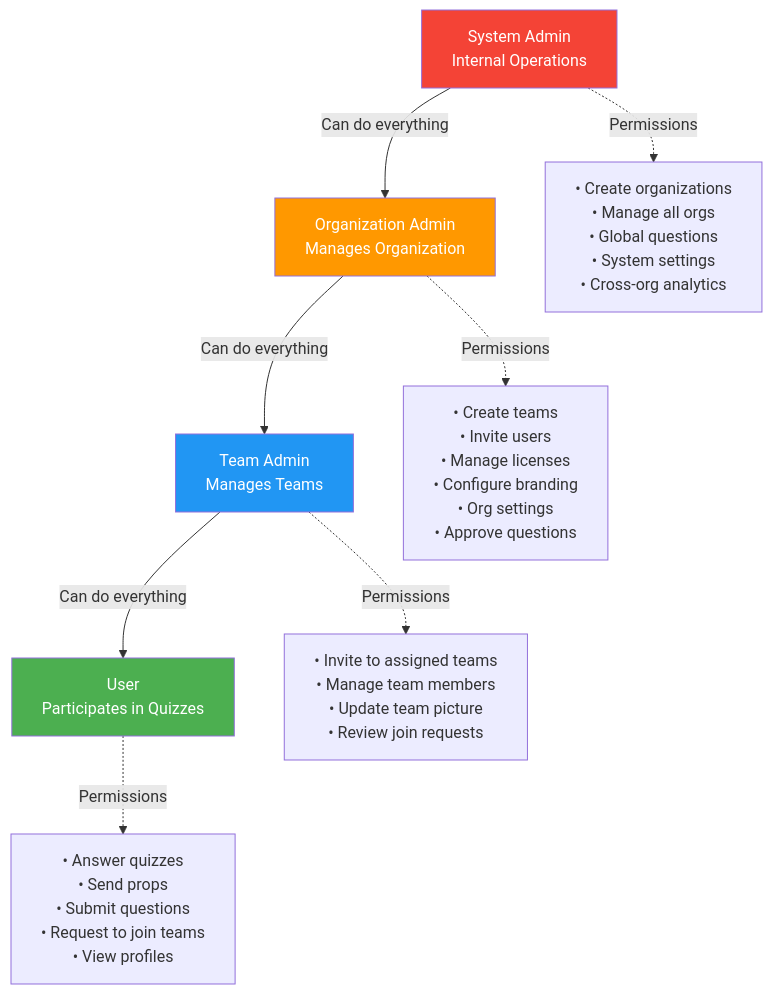
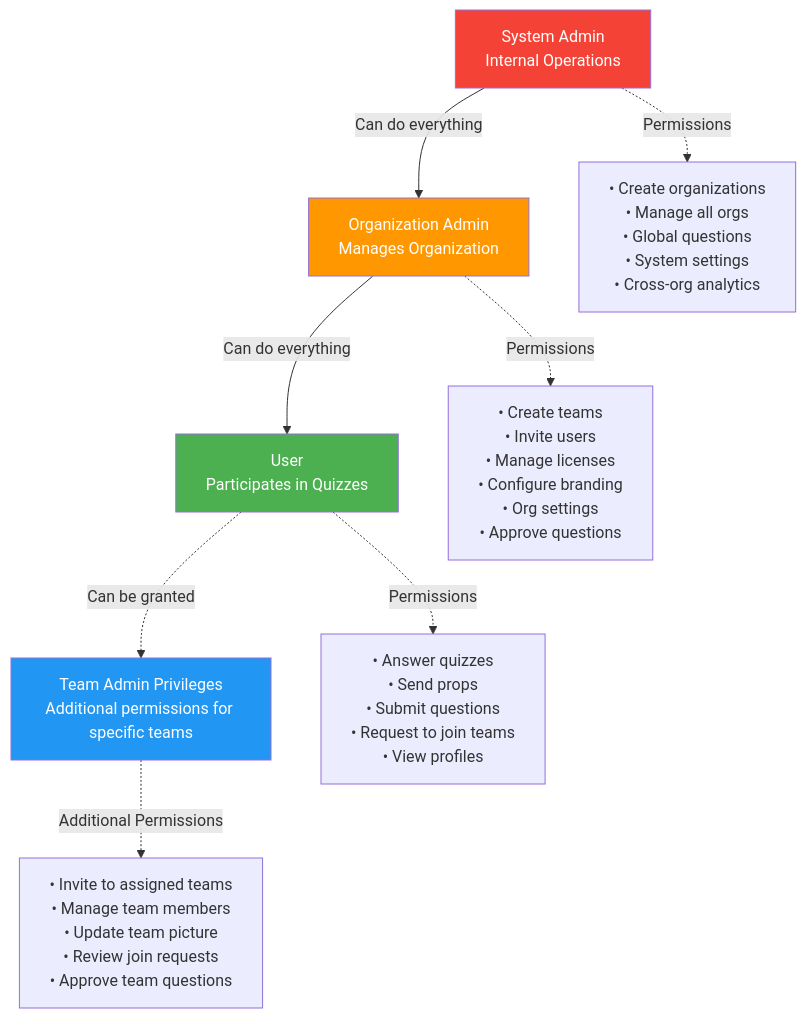
Before and after one commit to deanwheatley/knowUbetter: the third of 8 diagrams in docs/design/architecture-diagrams.md, drawn with Mermaid. The commit also changed 19 other files, not shown here.

````diff
--- a/docs/design/architecture-diagrams.md
+++ b/docs/design/architecture-diagrams.md
@@ -121,24 +121,24 @@
 ```mermaid
 graph TD
     SysAdmin[System Admin<br/>Internal Operations]
     OrgAdmin[Organization Admin<br/>Manages Organization]
-    TeamAdmin[Team Admin<br/>Manages Teams]
     User[User<br/>Participates in Quizzes]
+    TeamPrivs[Team Admin Privileges<br/>Additional permissions for specific teams]
     
     SysAdmin -->|Can do everything| OrgAdmin
-    OrgAdmin -->|Can do everything| TeamAdmin
-    TeamAdmin -->|Can do everything| User
+    OrgAdmin -->|Can do everything| User
+    User -.->|Can be granted| TeamPrivs
     
     SysAdmin -.->|Permissions| SysPerms[• Create organizations<br/>• Manage all orgs<br/>• Global questions<br/>• System settings<br/>• Cross-org analytics]
     
     OrgAdmin -.->|Permissions| OrgPerms[• Create teams<br/>• Invite users<br/>• Manage licenses<br/>• Configure branding<br/>• Org settings<br/>• Approve questions]
     
-    TeamAdmin -.->|Permissions| TeamPerms[• Invite to assigned teams<br/>• Manage team members<br/>• Update team picture<br/>• Review join requests]
+    TeamPrivs -.->|Additional Permissions| TeamPerms[• Invite to assigned teams<br/>• Manage team members<br/>• Update team picture<br/>• Review join requests<br/>• Approve team questions]
     
     User -.->|Permissions| UserPerms[• Answer quizzes<br/>• Send props<br/>• Submit questions<br/>• Request to join teams<br/>• View profiles]
     
     style SysAdmin fill:#f44336,color:#fff
     style OrgAdmin fill:#ff9800,color:#fff
-    style TeamAdmin fill:#2196f3,color:#fff
+    style TeamPrivs fill:#2196f3,color:#fff
     style User fill:#4caf50,color:#fff
 ```
````
